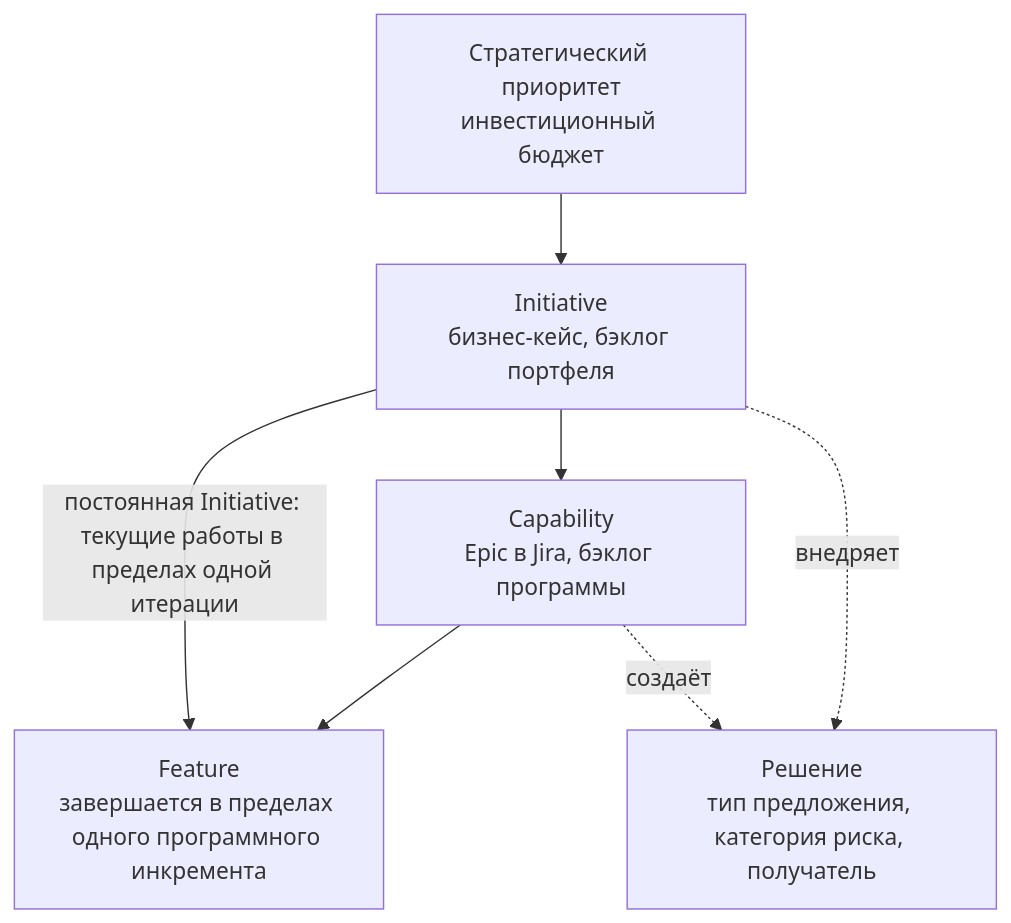
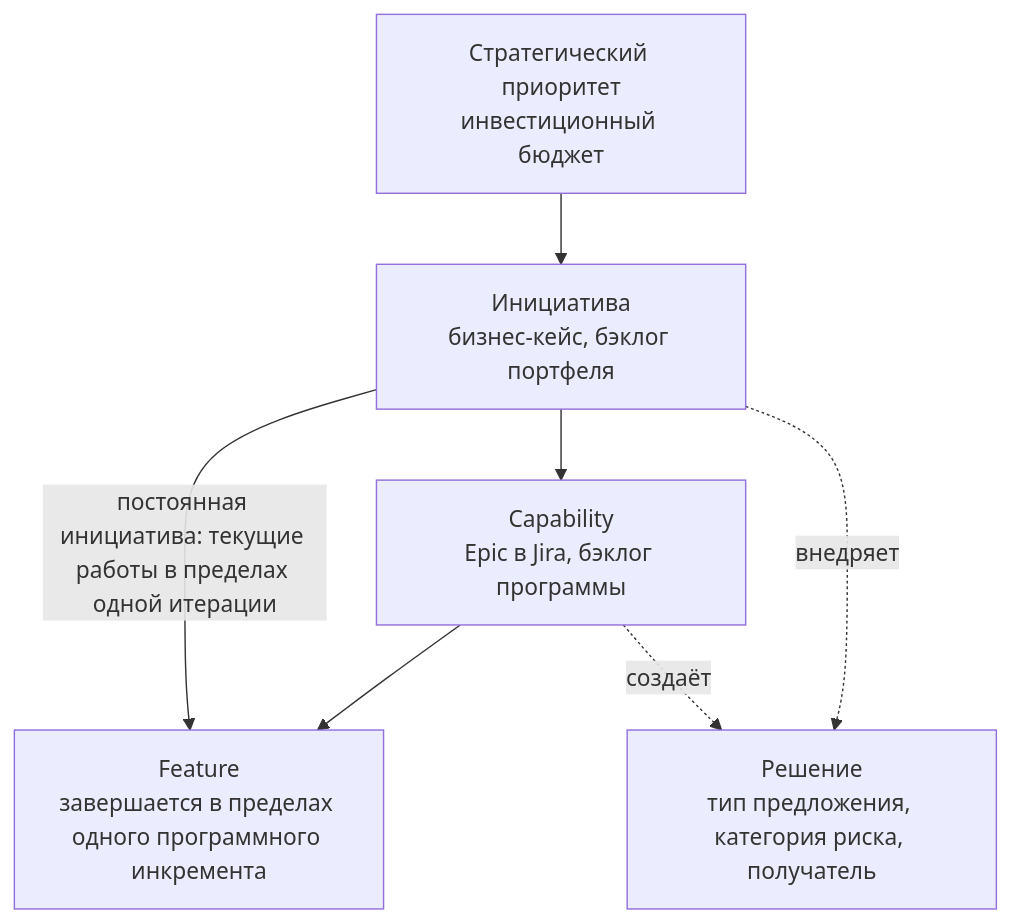
Before and after one commit to devhogu/ob-aicc: the eighth of 8 diagrams in charter/ru/documents/portfolio-management-model.md, drawn with Mermaid. The commit also changed other lines of this file and 150 other files, not shown here.

````diff
--- a/charter/ru/documents/portfolio-management-model.md
+++ b/charter/ru/documents/portfolio-management-model.md
@@ -301,9 +301,9 @@
 ```mermaid
 flowchart TB
-  SP["Стратегический приоритет<br/>инвестиционный бюджет"] --> INI["Initiative<br/>бизнес-кейс, бэклог портфеля"]
+  SP["Стратегический приоритет<br/>инвестиционный бюджет"] --> INI["Инициатива<br/>бизнес-кейс, бэклог портфеля"]
   INI --> CAP["Capability<br/>Epic в Jira, бэклог программы"]
   CAP --> FT["Feature<br/>завершается в пределах одного программного инкремента"]
-  INI -->|постоянная Initiative: текущие работы в пределах одной итерации| FT
+  INI -->|постоянная инициатива: текущие работы в пределах одной итерации| FT
   INI -.внедряет.-> SOL["Решение<br/>тип предложения, категория риска, получатель"]
   CAP -.создаёт.-> SOL
 ```
````
